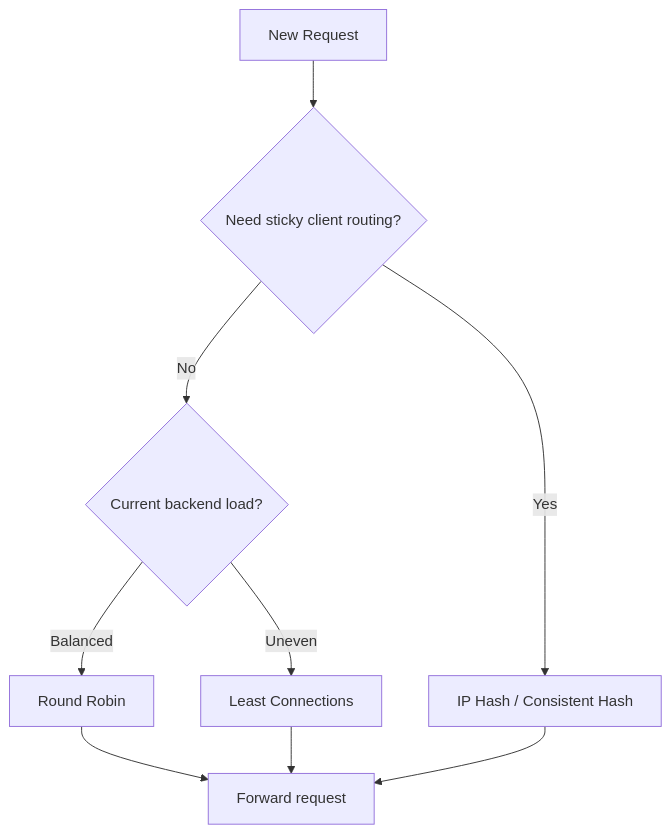
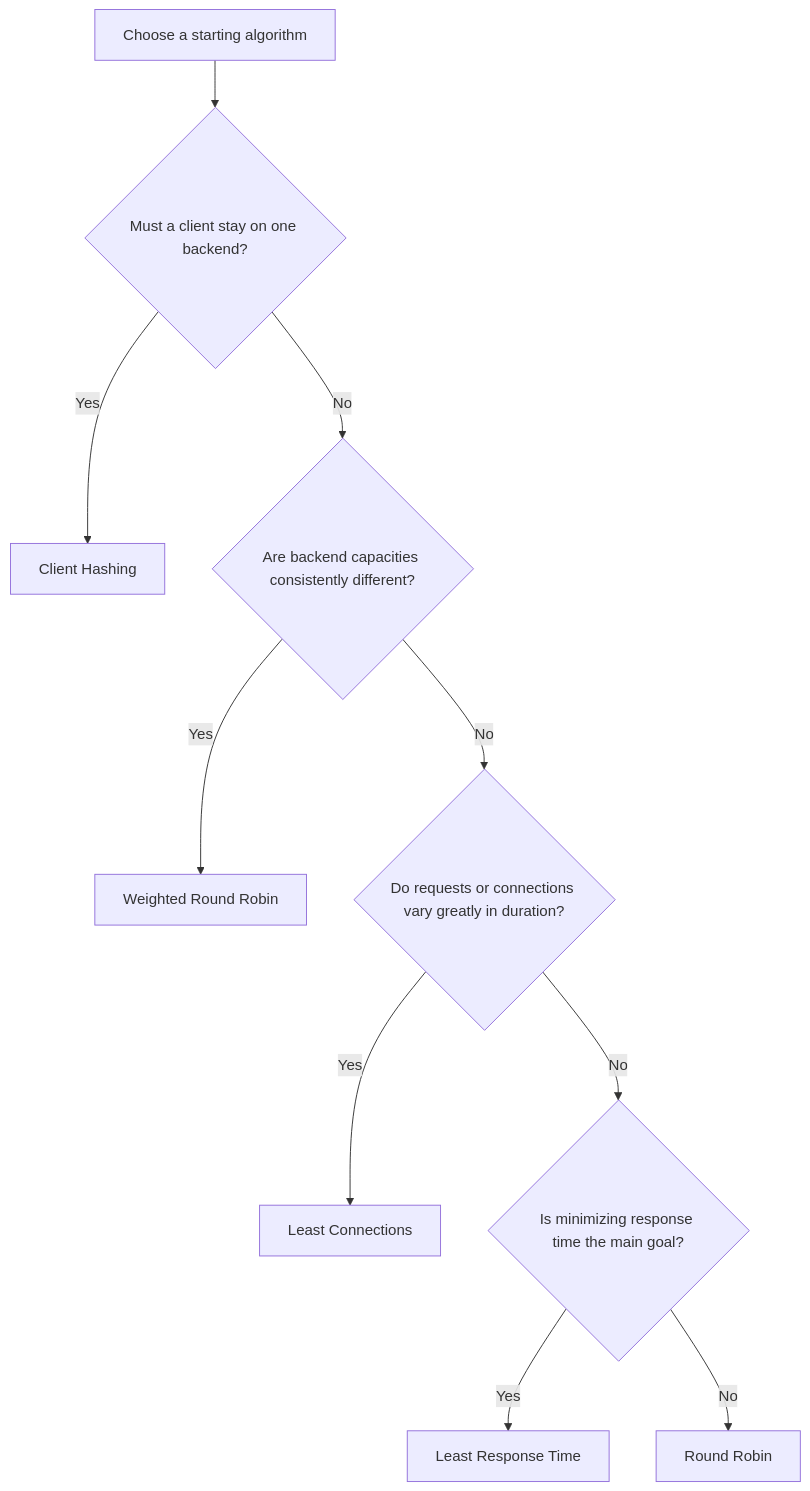
Before and after one commit to vsharma2430/LearnDesign: the third of 12 diagrams in hld/04-hld-load-balancing/lessons.md, drawn with Mermaid. The commit also changed other lines of this file, not shown here.

````diff
--- a/hld/04-hld-load-balancing/lessons.md
+++ b/hld/04-hld-load-balancing/lessons.md
@@ -96,11 +106,12 @@
 ```mermaid
 flowchart TD
-    Start[New Request] --> Check{Need sticky client routing?}
-    Check -->|Yes| Hash[IP Hash / Consistent Hash]
-    Check -->|No| Load{Current backend load?}
-    Load -->|Balanced| RR[Round Robin]
-    Load -->|Uneven| LC[Least Connections]
-    RR --> Route[Forward request]
-    LC --> Route
-    Hash --> Route
+    Start[Choose a starting algorithm] --> Affinity{Must a client stay on one backend?}
+    Affinity -->|Yes| Hash[Client Hashing]
+    Affinity -->|No| Capacity{Are backend capacities consistently different?}
+    Capacity -->|Yes| Weighted[Weighted Round Robin]
+    Capacity -->|No| Duration{Do requests or connections vary greatly in duration?}
+    Duration -->|Yes| Connections[Least Connections]
+    Duration -->|No| Latency{Is minimizing response time the main goal?}
+    Latency -->|Yes| Fastest[Least Response Time]
+    Latency -->|No| RoundRobin[Round Robin]
 ```
````
